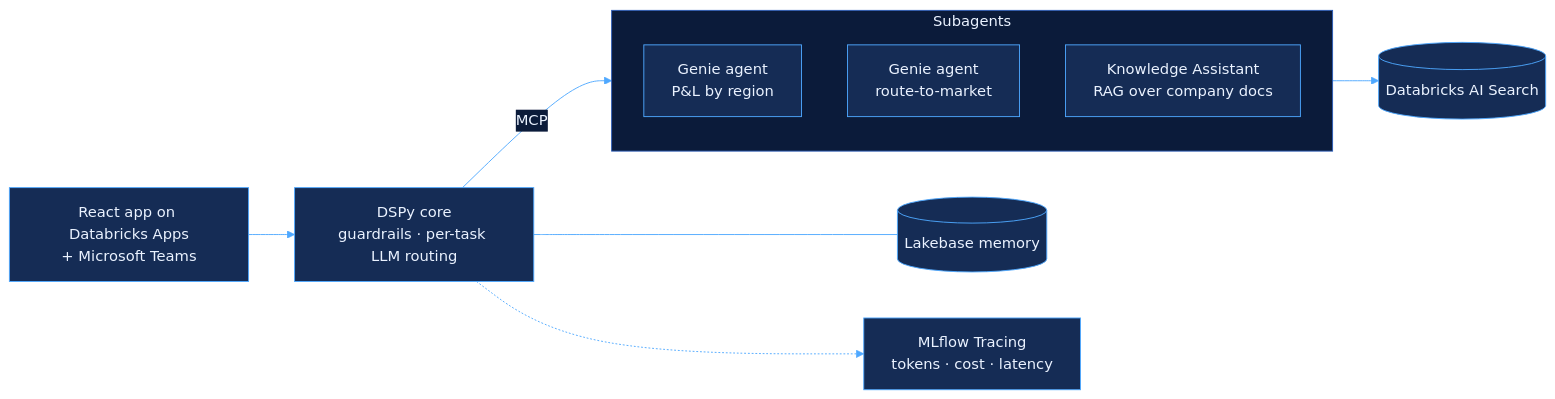
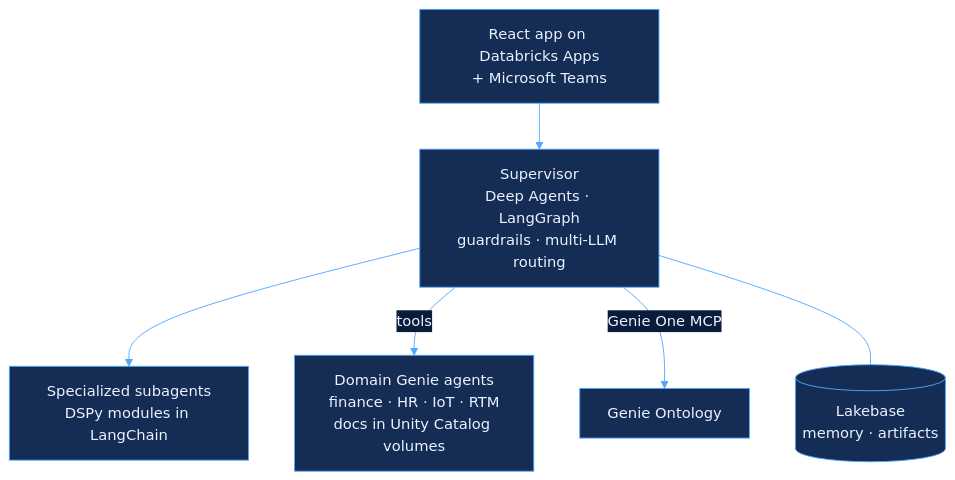
One commit to lgvil97/lgvil97 changed the diagram in README.md. Above: the diagram before and after it, drawn with Mermaid. The commit also changed other lines of this file and 5 other files, not shown here.

````diff
--- a/README.md
+++ b/README.md
@@ -15,15 +17,9 @@
 ```mermaid
 %%{init: {"theme": "base", "themeVariables": {"primaryColor": "#152C55", "primaryTextColor": "#EAF2FF", "primaryBorderColor": "#4EA8FF", "lineColor": "#4EA8FF", "secondaryColor": "#0B1B3A", "tertiaryColor": "#0B1B3A", "clusterBkg": "#0B1B3A", "clusterBorder": "#2C5DB8", "titleColor": "#EAF2FF", "edgeLabelBackground": "#0B1B3A"}}}%%
-flowchart LR
-    UI["React app on Databricks Apps<br/>+ Microsoft Teams"] --> CORE["DSPy core<br/>guardrails · per-task LLM routing"]
-    CORE -- MCP --> AGENTS
-    subgraph AGENTS["Subagents"]
-        direction TB
-        PL["Genie agent<br/>P&L by region"]
-        RTM["Genie agent<br/>route-to-market"]
-        KA["Knowledge Assistant<br/>RAG over company docs"]
-    end
-    KA --> SEARCH[("Databricks AI Search")]
-    CORE --- MEM[("Lakebase memory")]
-    CORE -.-> OBS["MLflow Tracing<br/>tokens · cost · latency"]
+flowchart TB
+    UI["React app on Databricks Apps<br/>+ Microsoft Teams"] --> SUP["Supervisor<br/>Deep Agents · LangGraph<br/>guardrails · multi-LLM routing"]
+    SUP --> SUBS["Specialized subagents<br/>DSPy modules in LangChain"]
+    SUP -- tools --> GENIE["Domain Genie agents<br/>finance · HR · IoT · RTM<br/>docs in Unity Catalog volumes"]
+    SUP -- Genie One MCP --> ONT["Genie Ontology"]
+    SUP --- MEM[("Lakebase<br/>memory · artifacts")]
 ```
````
